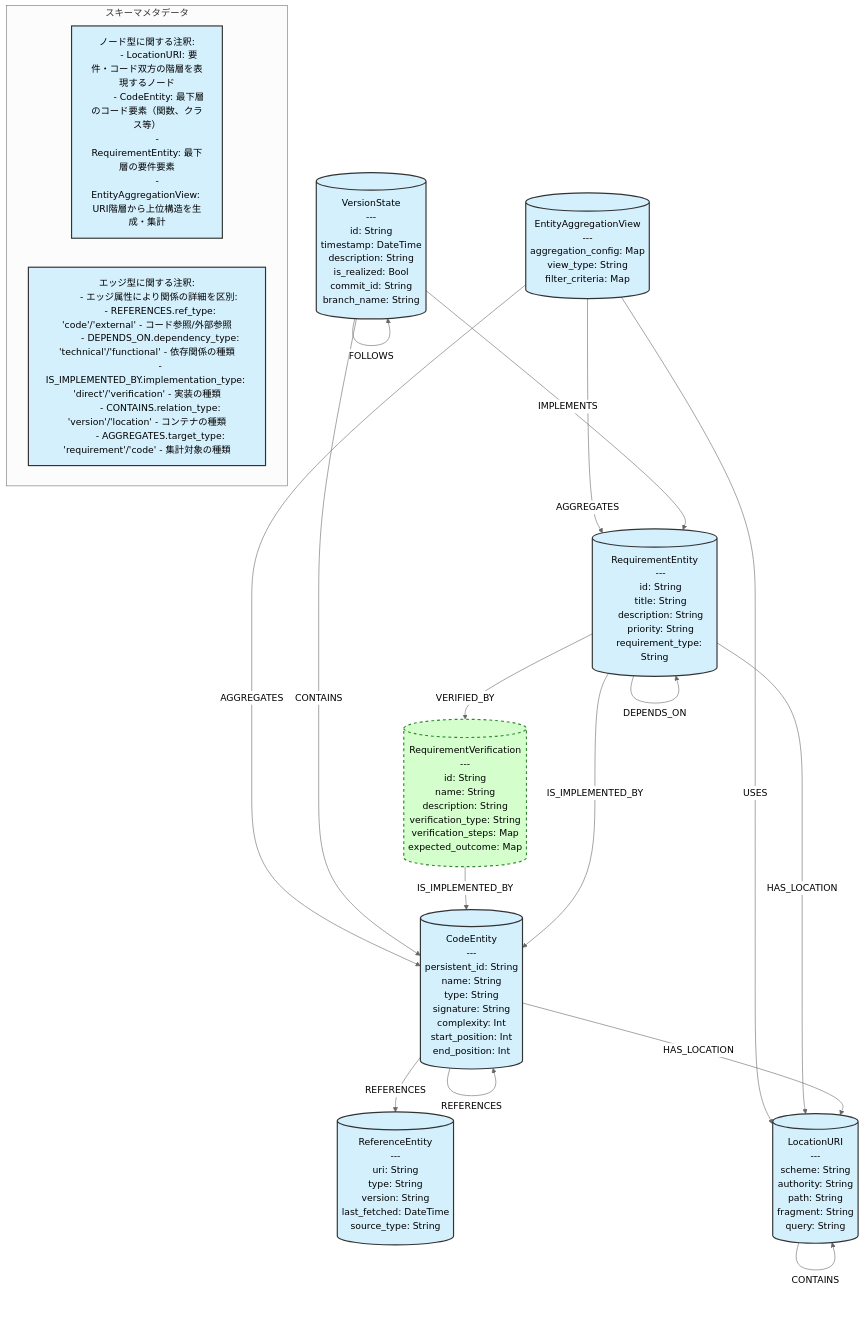
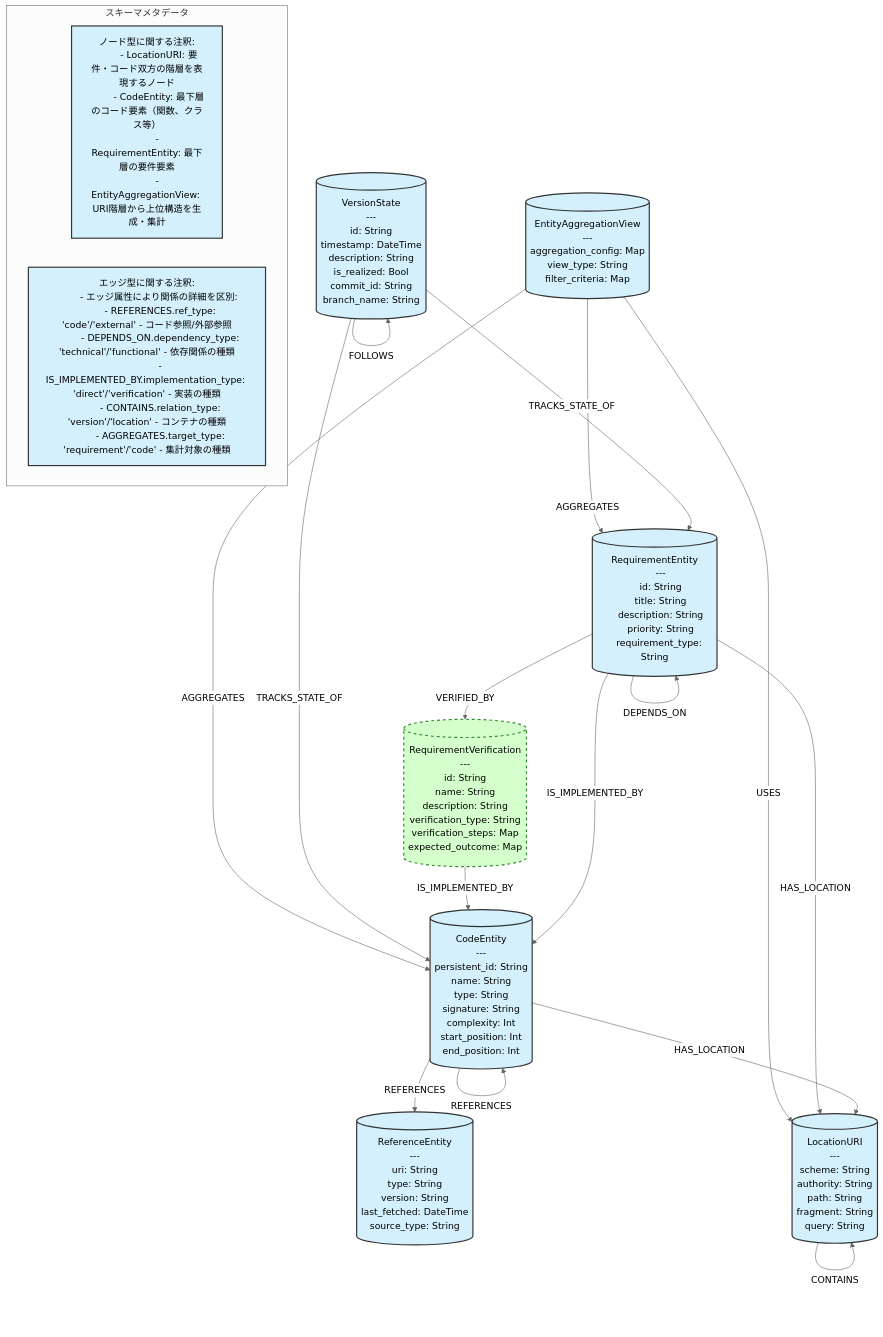
The diagram in bin/src/kuzu/docs/階層型トレーサビリティモデル_スキーマ図.md (PorcoRosso85/home), drawn with Mermaid (neutral theme) before and after one commit. The commit also changed other lines of this file, not shown here.

Commit message:
kuzu, query, docs, trace

```diff
--- a/bin/src/kuzu/docs/階層型トレーサビリティモデル_スキーマ図.md
+++ b/bin/src/kuzu/docs/階層型トレーサビリティモデル_スキーマ図.md
@@ -85,8 +85,8 @@
     
     %% バージョン関連の関係
     VersionState -->|FOLLOWS| VersionState
-    VersionState -->|CONTAINS| CodeEntity
-    VersionState -->|IMPLEMENTS| RequirementEntity
+    VersionState -->|TRACKS_STATE_OF| CodeEntity
+    VersionState -->|TRACKS_STATE_OF| RequirementEntity
     
     %% LocationURI間の階層関係 - 要件とコードの階層構造を一元管理
     LocationURI -->|CONTAINS| LocationURI
```
